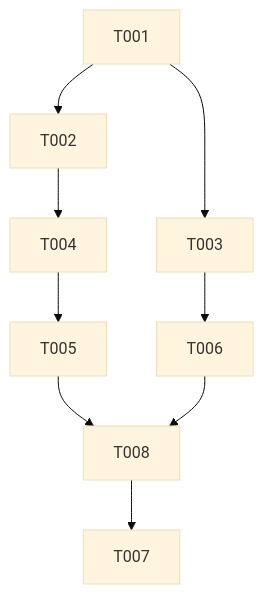
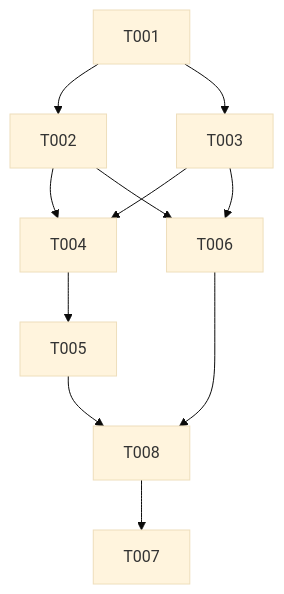
Before and after one commit to b-chua-student/theseus: the diagram in specs/auth/openauth_login/tasks.md, drawn with Mermaid (base theme). The commit also changed other lines of this file and 4 other files, not shown here.

````diff
--- a/specs/auth/openauth_login/tasks.md
+++ b/specs/auth/openauth_login/tasks.md
@@ -5,11 +5,13 @@
 ```mermaid
 flowchart TD
     T001 --> T002
     T001 --> T003
     T002 --> T004
+    T003 --> T004
     T004 --> T005
     T003 --> T006
+    T002 --> T006
     T005 --> T008
     T006 --> T008
     T008 --> T007
 ```
````
